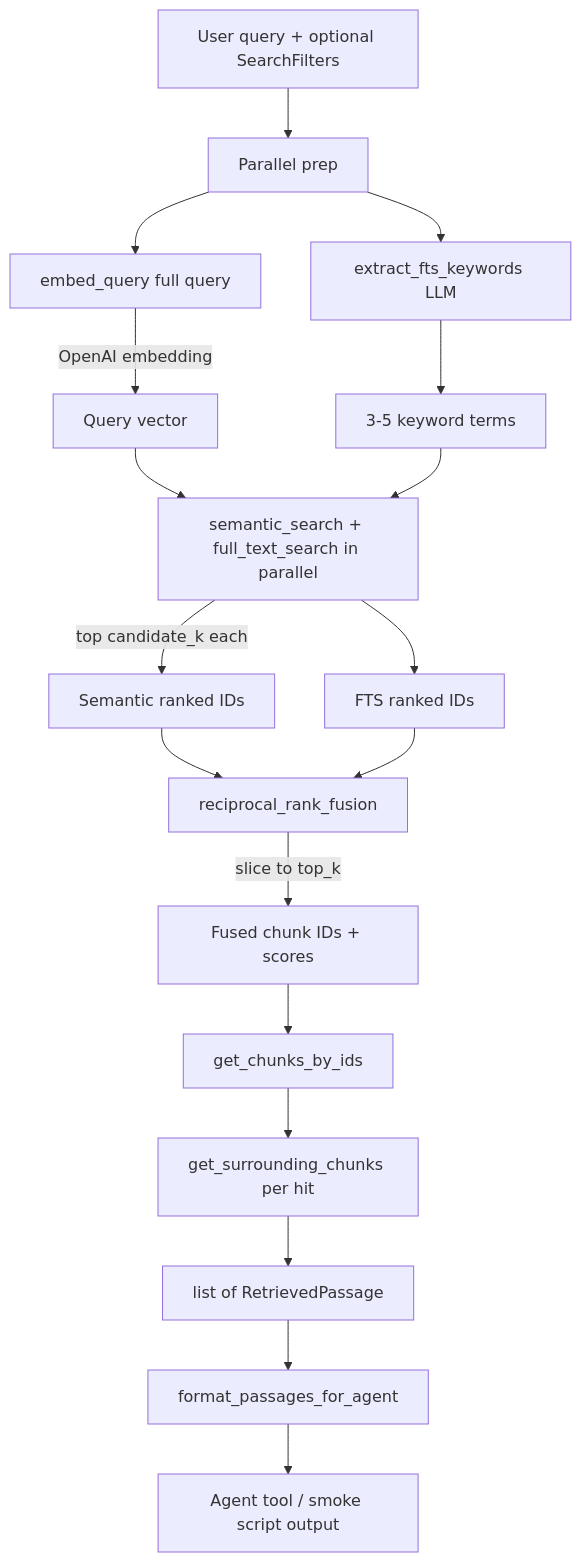
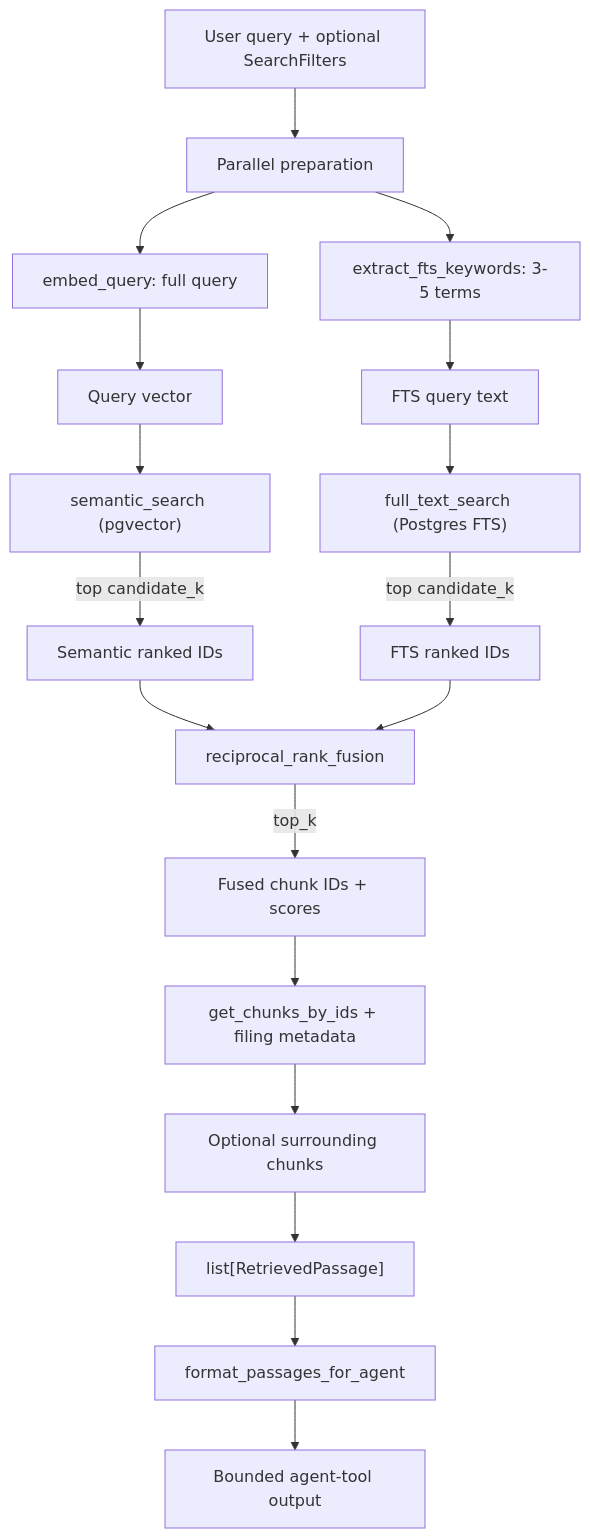
The diagram in backend/app/retrieval/README.md (purvajitpatil/document-copilot), drawn with Mermaid before and after one commit. The commit also changed other lines of this file and 8 other files, not shown here.

````diff
--- a/backend/app/retrieval/README.md
+++ b/backend/app/retrieval/README.md
@@ -7,25 +9,23 @@
 ```mermaid
 flowchart TD
-    Q[User query + optional SearchFilters] --> PAR[Parallel prep]
-    PAR --> E[embed_query full query]
-    PAR --> KW[extract_fts_keywords LLM]
-    E -->|OpenAI embedding| VEC[Query vector]
-    KW --> FTSQ[3-5 keyword terms]
+    Q["User query + optional SearchFilters"] --> PREP["Parallel preparation"]
+    PREP --> EMBED["embed_query: full query"]
+    PREP --> KEYWORDS["extract_fts_keywords: 3-5 terms"]
+    EMBED --> VECTOR["Query vector"]
+    KEYWORDS --> FTS_QUERY["FTS query text"]
 
-    VEC --> DUAL[semantic_search + full_text_search in parallel]
-    FTSQ --> DUAL
+    VECTOR --> SEMANTIC["semantic_search (pgvector)"]
+    FTS_QUERY --> FTS["full_text_search (Postgres FTS)"]
+    SEMANTIC -->|"top candidate_k"| SEM_IDS["Semantic ranked IDs"]
+    FTS -->|"top candidate_k"| FTS_IDS["FTS ranked IDs"]
 
-    DUAL -->|top candidate_k each| SEM_IDS[Semantic ranked IDs]
-    DUAL --> FTS_IDS[FTS ranked IDs]
+    SEM_IDS --> RRF["reciprocal_rank_fusion"]
+    FTS_IDS --> RRF
+    RRF -->|"top_k"| FUSED["Fused chunk IDs + scores"]
 
-    SEM_IDS --> RRF[reciprocal_rank_fusion]
-    FTS_IDS --> RRF
-    RRF -->|slice to top_k| FUSED[Fused chunk IDs + scores]
-
-    FUSED --> HYDRATE[get_chunks_by_ids]
-    HYDRATE --> NEIGH[get_surrounding_chunks per hit]
-    NEIGH --> OUT[list of RetrievedPassage]
-
-    OUT --> FMT[format_passages_for_agent]
-    FMT --> AGENT[Agent tool / smoke script output]
+    FUSED --> HYDRATE["get_chunks_by_ids + filing metadata"]
+    HYDRATE --> NEIGHBORS["Optional surrounding chunks"]
+    NEIGHBORS --> PASSAGES["list[RetrievedPassage]"]
+    PASSAGES --> FORMAT["format_passages_for_agent"]
+    FORMAT --> OUTPUT["Bounded agent-tool output"]
 ```
````
